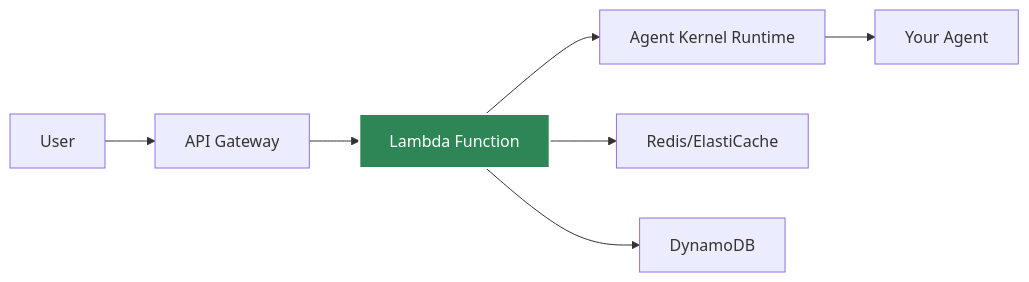
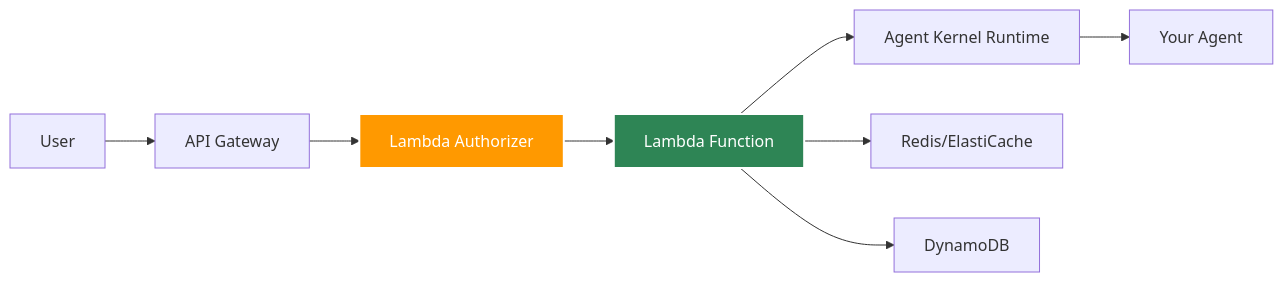
The first of 2 diagrams in docs/docs/deployment/aws-serverless.md (yaalalabs/agent-kernel), drawn with Mermaid before and after one commit. The commit also changed other lines of this file, not shown here.

````diff
--- a/docs/docs/deployment/aws-serverless.md
+++ b/docs/docs/deployment/aws-serverless.md
@@ -11,11 +11,13 @@
 ```mermaid
 graph LR
     A[User] --> B[API Gateway]
-    B --> C[Lambda Function]
-    C --> D[Agent Kernel Runtime]
-    D --> E[Your Agent]
-    C --> F[Redis/ElastiCache]
-    C --> G[DynamoDB]
+    B --> C[Lambda Authorizer]
+    C --> D[Lambda Function]
+    D --> E[Agent Kernel Runtime]
+    E --> F[Your Agent]
+    D --> G[Redis/ElastiCache]
+    D --> H[DynamoDB]
     
-    style C fill:#2e8555,stroke:#fff,stroke-width:2px,color:#fff
+    style C fill:#ff9900,stroke:#fff,stroke-width:2px,color:#fff
+    style D fill:#2e8555,stroke:#fff,stroke-width:2px,color:#fff
 ```
````
